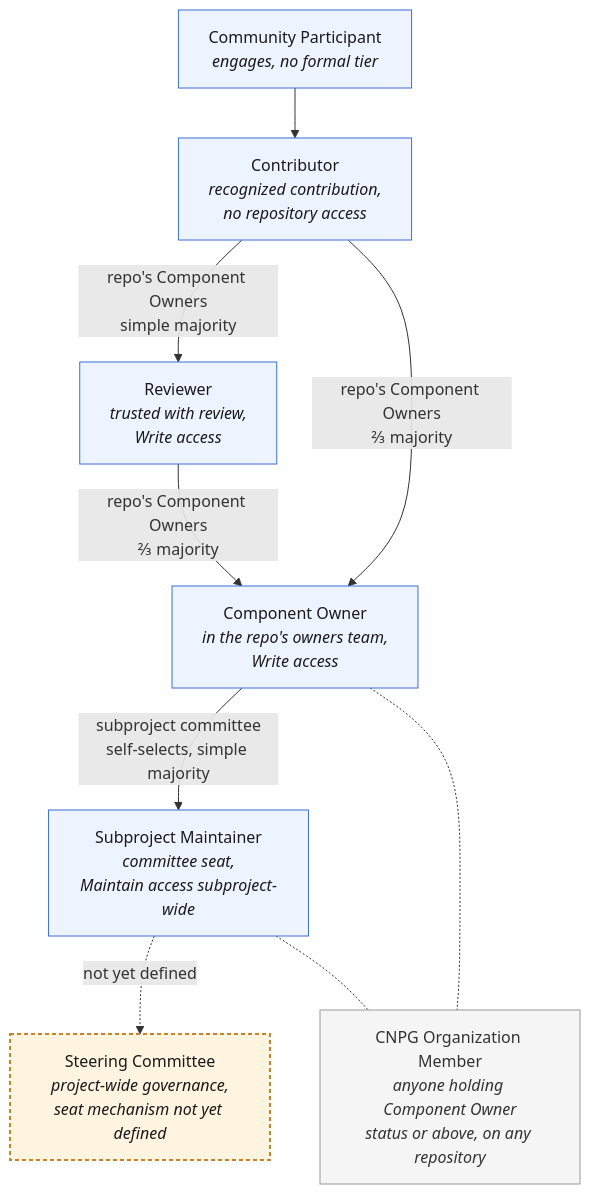
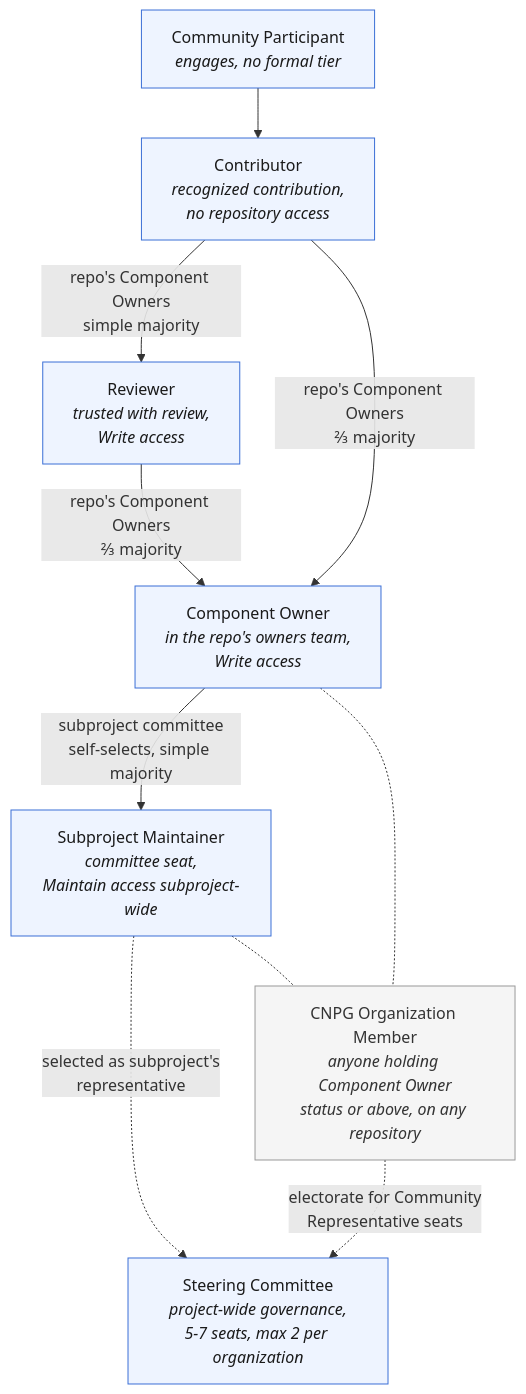
One commit to cloudnative-pg/governance changed the diagram in CONTRIBUTOR_LADDER.md. Above: the diagram before and after it, drawn with Mermaid. The commit also changed other lines of this file and 2 other files, not shown here.

````diff
--- a/CONTRIBUTOR_LADDER.md
+++ b/CONTRIBUTOR_LADDER.md
@@ -57,28 +59,28 @@
 ```mermaid
 flowchart TD
     CP["Community Participant<br/><i>engages, no formal tier</i>"]
     CT["Contributor<br/><i>recognized contribution,<br/>no repository access</i>"]
     RV["Reviewer<br/><i>trusted with review,<br/>Write access</i>"]
     CO["Component Owner<br/><i>in the repo's owners team,<br/>Write access</i>"]
     SM["Subproject Maintainer<br/><i>committee seat,<br/>Maintain access subproject-wide</i>"]
-    SC["Steering Committee<br/><i>project-wide governance,<br/>seat mechanism not yet defined</i>"]
+    SC["Steering Committee<br/><i>project-wide governance,<br/>5-7 seats, max 2 per organization</i>"]
 
     CP --> CT
     CT -->|"repo's Component Owners<br/>simple majority"| RV
     CT -->|"repo's Component Owners<br/>⅔ majority"| CO
     RV -->|"repo's Component Owners<br/>⅔ majority"| CO
     CO -->|"subproject committee<br/>self-selects, simple majority"| SM
-    SM -.->|"not yet defined"| SC
+    SM -.->|"selected as subproject's<br/>representative"| SC
 
     OM["CNPG Organization Member<br/><i>anyone holding Component Owner<br/>status or above, on any repository</i>"]
     CO -.- OM
     SM -.- OM
+    OM -.->|"electorate for Community<br/>Representative seats"| SC
 
     classDef rung fill:#eef4ff,stroke:#3b6fd6,stroke-width:1px,color:#1a1a1a;
     classDef open fill:#fff4e0,stroke:#c9822a,stroke-width:2px,stroke-dasharray:4 3,color:#1a1a1a;
     classDef note fill:#f5f5f5,stroke:#999999,stroke-width:1px,color:#333333;
 
-    class CP,CT,RV,CO,SM rung;
-    class SC open;
+    class CP,CT,RV,CO,SM,SC rung;
     class OM note;
 ```
````
